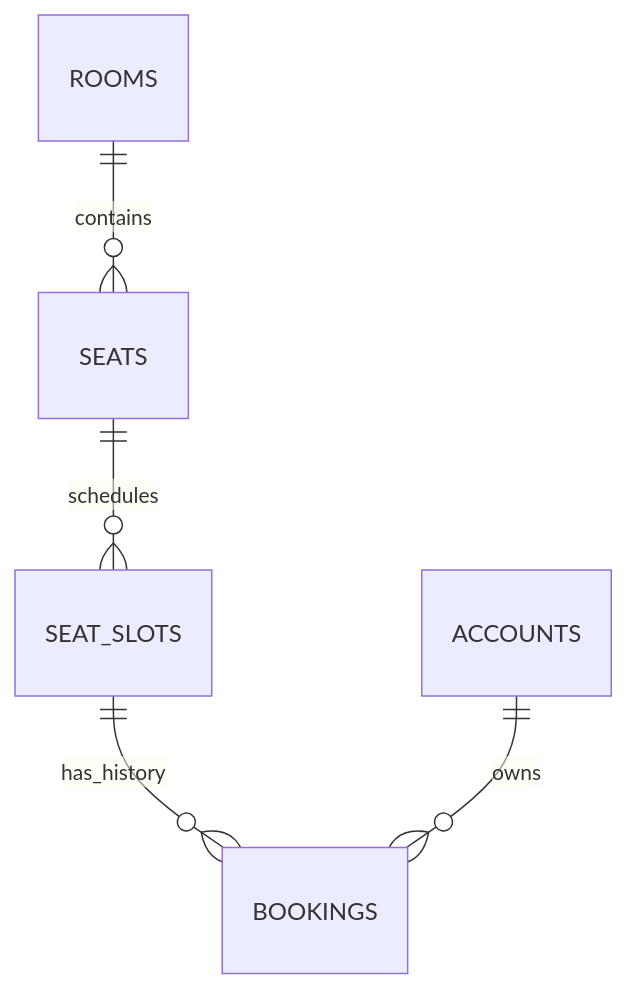
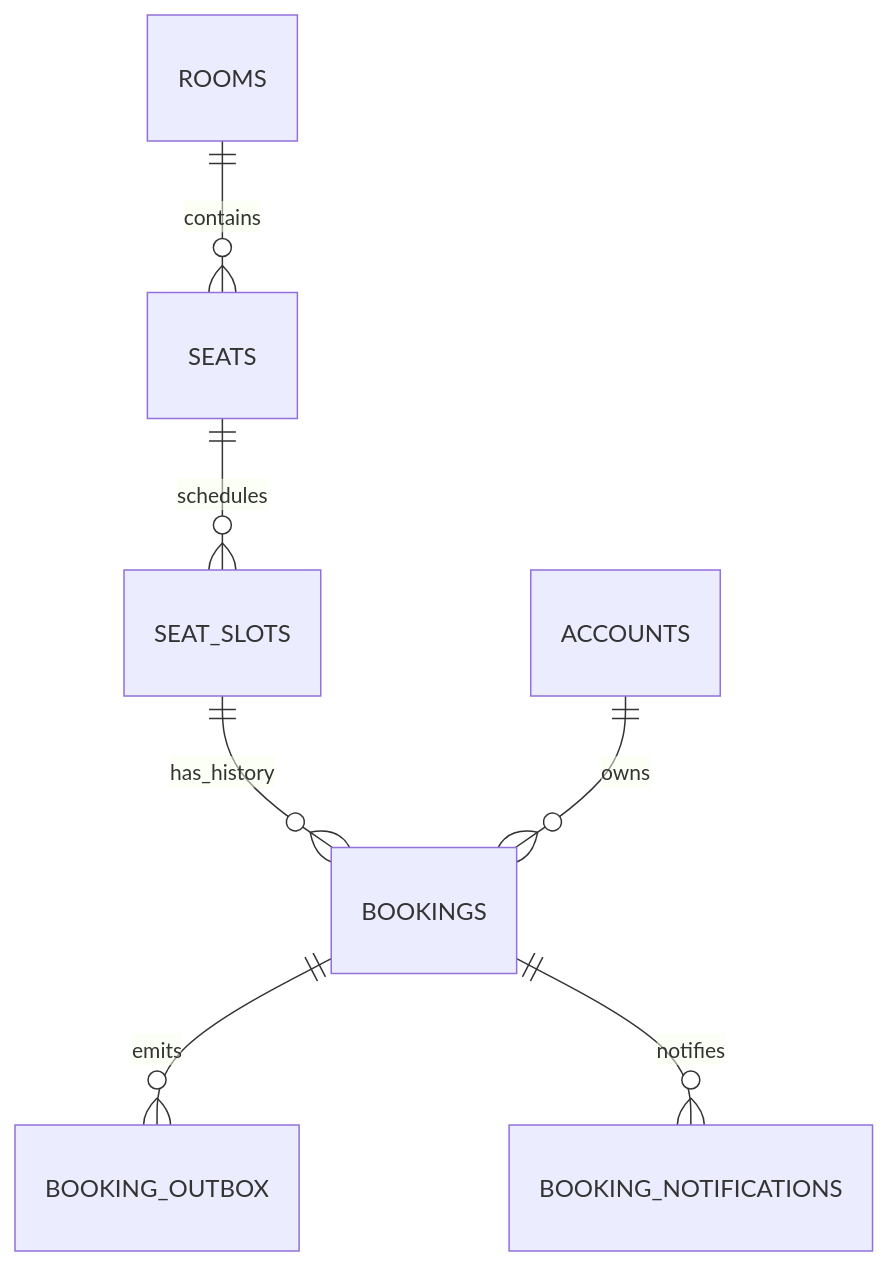
Before and after one commit to Brown3037/seatbook: the first of 2 diagrams in docs/learning.md, drawn with Mermaid. The commit also changed other lines of this file and 23 other files, not shown here.

Commit message:
Cache seat availability and deliver booking notifications

````diff
--- a/docs/learning.md
+++ b/docs/learning.md
@@ -13,7 +14,9 @@
 ```mermaid
 erDiagram
     ROOMS ||--o{ SEATS : contains
     SEATS ||--o{ SEAT_SLOTS : schedules
     SEAT_SLOTS ||--o{ BOOKINGS : has_history
     ACCOUNTS ||--o{ BOOKINGS : owns
+    BOOKINGS ||--o{ BOOKING_OUTBOX : emits
+    BOOKINGS ||--o{ BOOKING_NOTIFICATIONS : notifies
 ```
````
